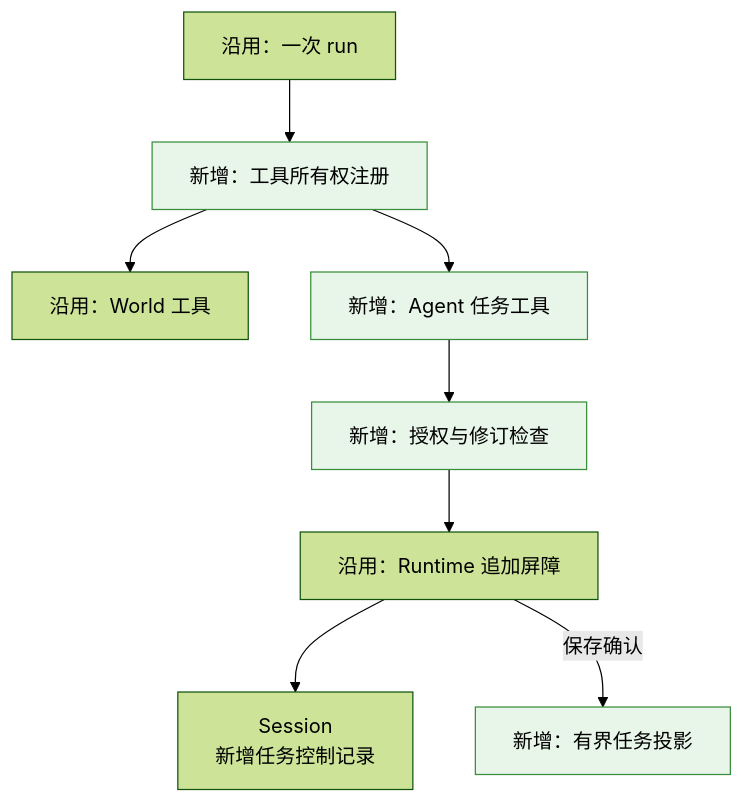
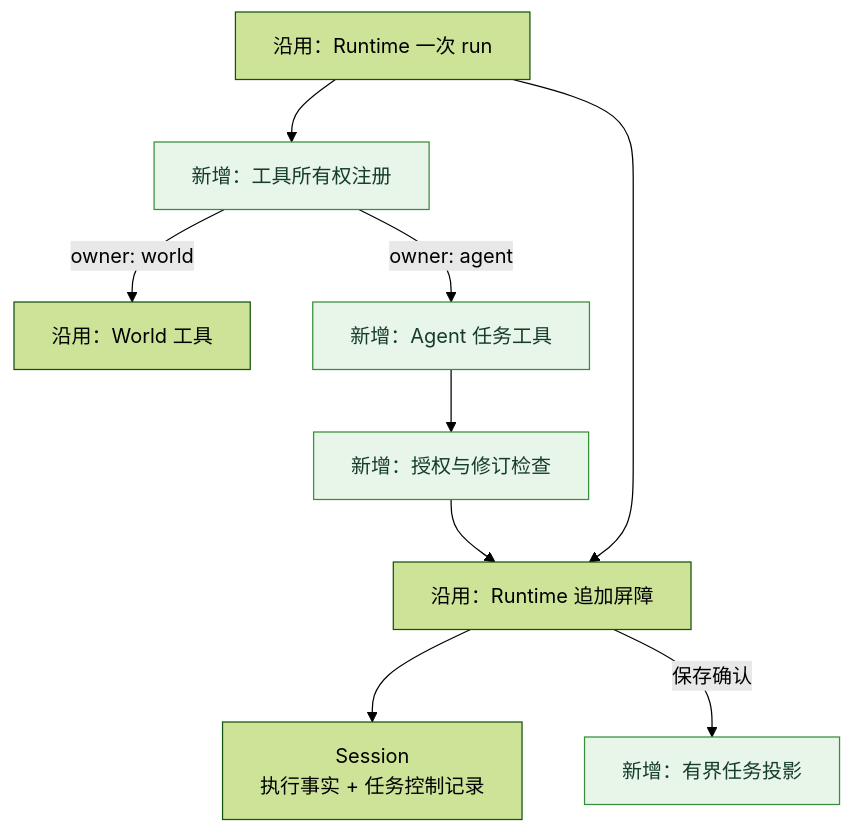
Before and after one commit to 13776578253-glitch/1002bot: the third of 7 diagrams in docs/2026-10-11-M5.0进度与架构图.md, drawn with Mermaid (forest theme). The commit also changed other lines of this file and 2 other files, not shown here.

Commit message:
docs(core): expand M4 and M5 architecture reports

````diff
--- a/docs/2026-10-11-M5.0进度与架构图.md
+++ b/docs/2026-10-11-M5.0进度与架构图.md
@@ -68,12 +69,13 @@
 ```mermaid
 flowchart TB
-  R[沿用：一次 run] --> G[新增：工具所有权注册]
-  G --> W[沿用：World 工具]
-  G --> A[新增：Agent 任务工具]
+  R[沿用：Runtime 一次 run] --> G[新增：工具所有权注册]
+  G -->|owner: world| W[沿用：World 工具]
+  G -->|owner: agent| A[新增：Agent 任务工具]
   A --> C[新增：授权与修订检查]
-  C --> B[沿用：Runtime 追加屏障]
-  B --> S[Session<br/>新增任务控制记录]
+  R --> B[沿用：Runtime 追加屏障]
+  C --> B
+  B --> S[Session<br/>执行事实 + 任务控制记录]
   B -->|保存确认| V[新增：有界任务投影]
-  classDef added fill:#e8f5e9,stroke:#388e3c
+  classDef added fill:#e8f5e9,stroke:#388e3c,color:#163d2a;
   class G,A,C,V added
 ```
````
